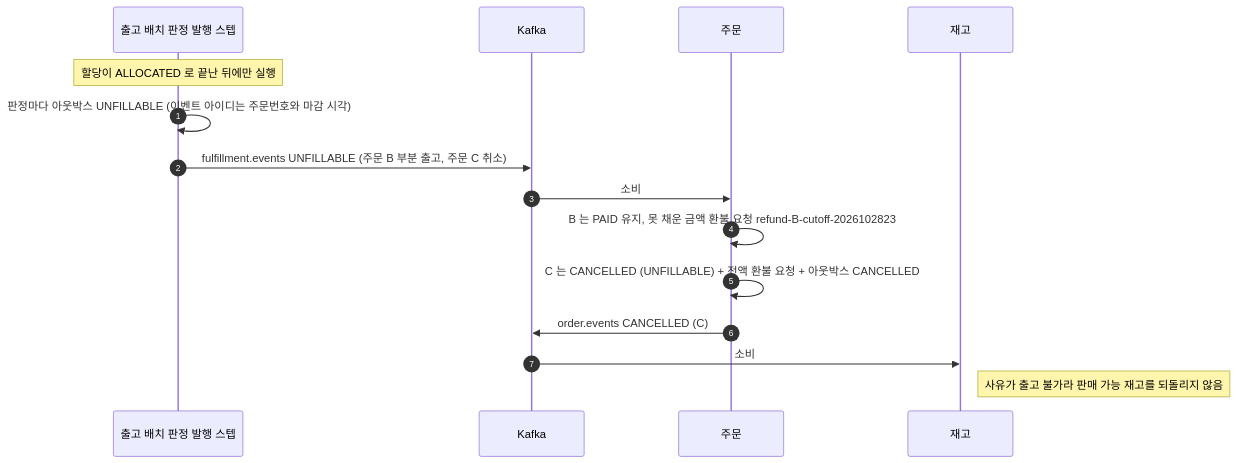
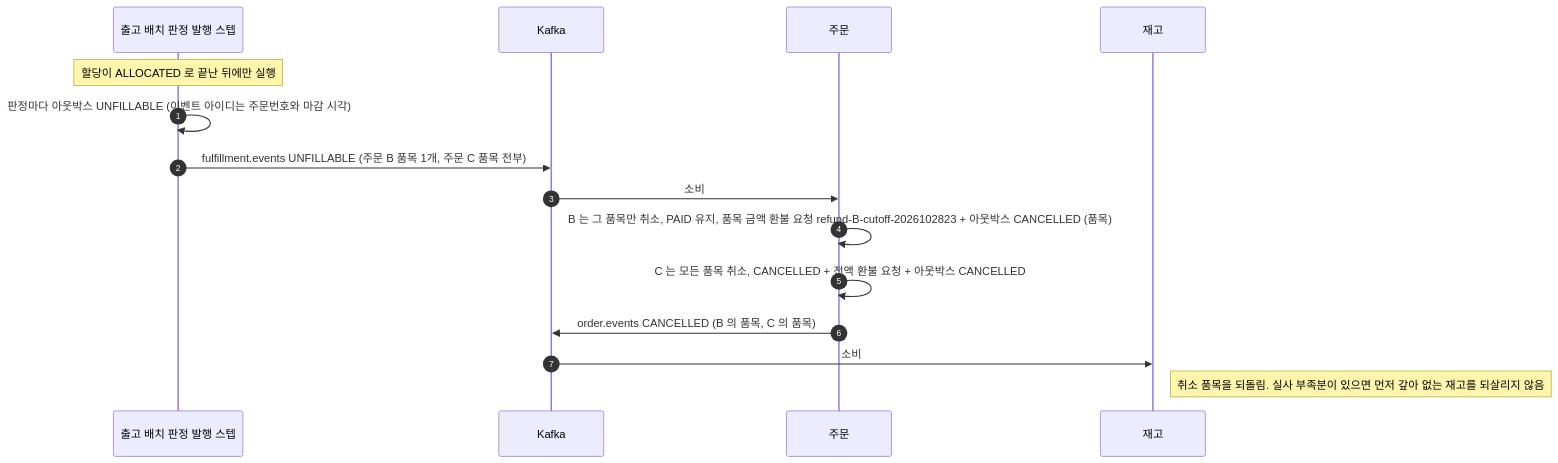
One commit to Bamdule/dawn-delivery-commerce changed the third of 4 diagrams in docs/sequence/04-취소와-환불.md. Above: the diagram before and after it, drawn with Mermaid. The commit also changed other lines of this file and 16 other files, not shown here.

````diff
--- a/docs/sequence/04-취소와-환불.md
+++ b/docs/sequence/04-취소와-환불.md
@@ -85,18 +86,18 @@
 ```mermaid
 sequenceDiagram
     autonumber
     participant 발행 as 출고 배치 판정 발행 스텝
     participant 카프카 as Kafka
     participant 주문
     participant 재고
 
     Note over 발행: 할당이 ALLOCATED 로 끝난 뒤에만 실행
     발행->>발행: 판정마다 아웃박스 UNFILLABLE (이벤트 아이디는 주문번호와 마감 시각)
-    발행->>카프카: fulfillment.events UNFILLABLE (주문 B 부분 출고, 주문 C 취소)
+    발행->>카프카: fulfillment.events UNFILLABLE (주문 B 품목 1개, 주문 C 품목 전부)
     카프카->>주문: 소비
-    주문->>주문: B 는 PAID 유지, 못 채운 금액 환불 요청 refund-B-cutoff-2026102823
-    주문->>주문: C 는 CANCELLED (UNFILLABLE) + 전액 환불 요청 + 아웃박스 CANCELLED
-    주문->>카프카: order.events CANCELLED (C)
+    주문->>주문: B 는 그 품목만 취소, PAID 유지, 품목 금액 환불 요청 refund-B-cutoff-2026102823 + 아웃박스 CANCELLED (품목)
+    주문->>주문: C 는 모든 품목 취소, CANCELLED + 전액 환불 요청 + 아웃박스 CANCELLED
+    주문->>카프카: order.events CANCELLED (B 의 품목, C 의 품목)
     카프카->>재고: 소비
-    Note right of 재고: 사유가 출고 불가라 판매 가능 재고를 되돌리지 않음
+    Note right of 재고: 취소 품목을 되돌림. 실사 부족분이 있으면 먼저 갚아 없는 재고를 되살리지 않음
 ```
````
